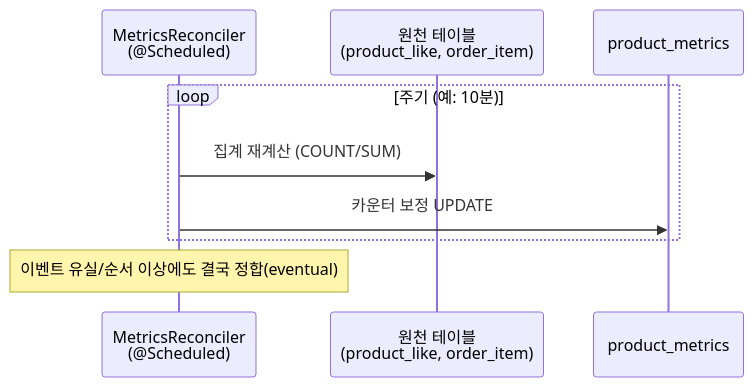
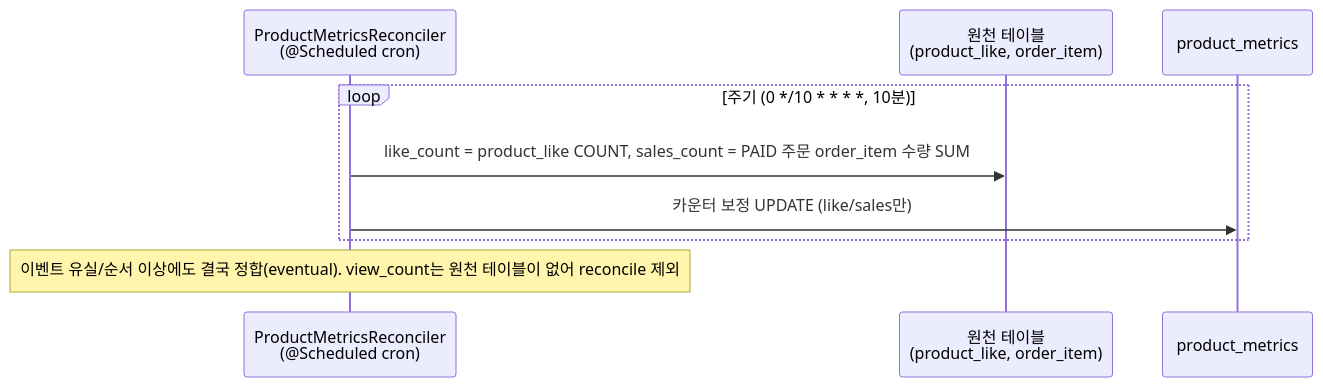
One commit to gamewithfriend/loop-pack-be-l2-vol4-java changed the sixth of 10 diagrams in docs/week7/02-sequence-diagrams.md. Above: the diagram before and after it, drawn with Mermaid. The commit also changed other lines of this file and 1 other file, not shown here.

First line of the commit message:
docs(week7): 요구사항·시퀀스 다이어그램을 현재 구현에 동기화

````diff
--- a/docs/week7/02-sequence-diagrams.md
+++ b/docs/week7/02-sequence-diagrams.md
@@ -187,12 +192,12 @@
 ```mermaid
 sequenceDiagram
-    participant Sch as MetricsReconciler<br/>(@Scheduled)
+    participant Sch as ProductMetricsReconciler<br/>(@Scheduled cron)
     participant SRC as 원천 테이블<br/>(product_like, order_item)
     participant PM as product_metrics
 
-    loop 주기 (예: 10분)
-        Sch->>SRC: 집계 재계산 (COUNT/SUM)
-        Sch->>PM: 카운터 보정 UPDATE
+    loop 주기 (0 */10 * * * *, 10분)
+        Sch->>SRC: like_count = product_like COUNT, sales_count = PAID 주문 order_item 수량 SUM
+        Sch->>PM: 카운터 보정 UPDATE (like/sales만)
     end
-    note over Sch: 이벤트 유실/순서 이상에도 결국 정합(eventual)
+    note over Sch: 이벤트 유실/순서 이상에도 결국 정합(eventual). view_count는 원천 테이블이 없어 reconcile 제외
 ```
````
